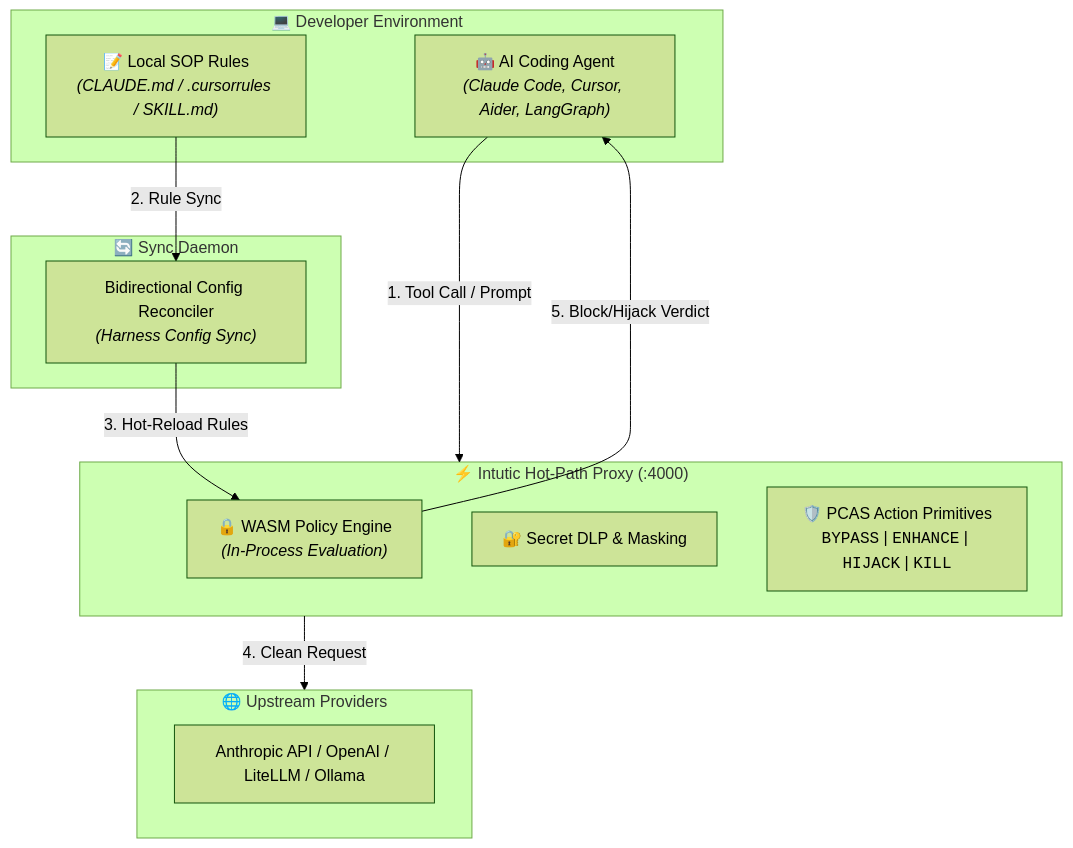
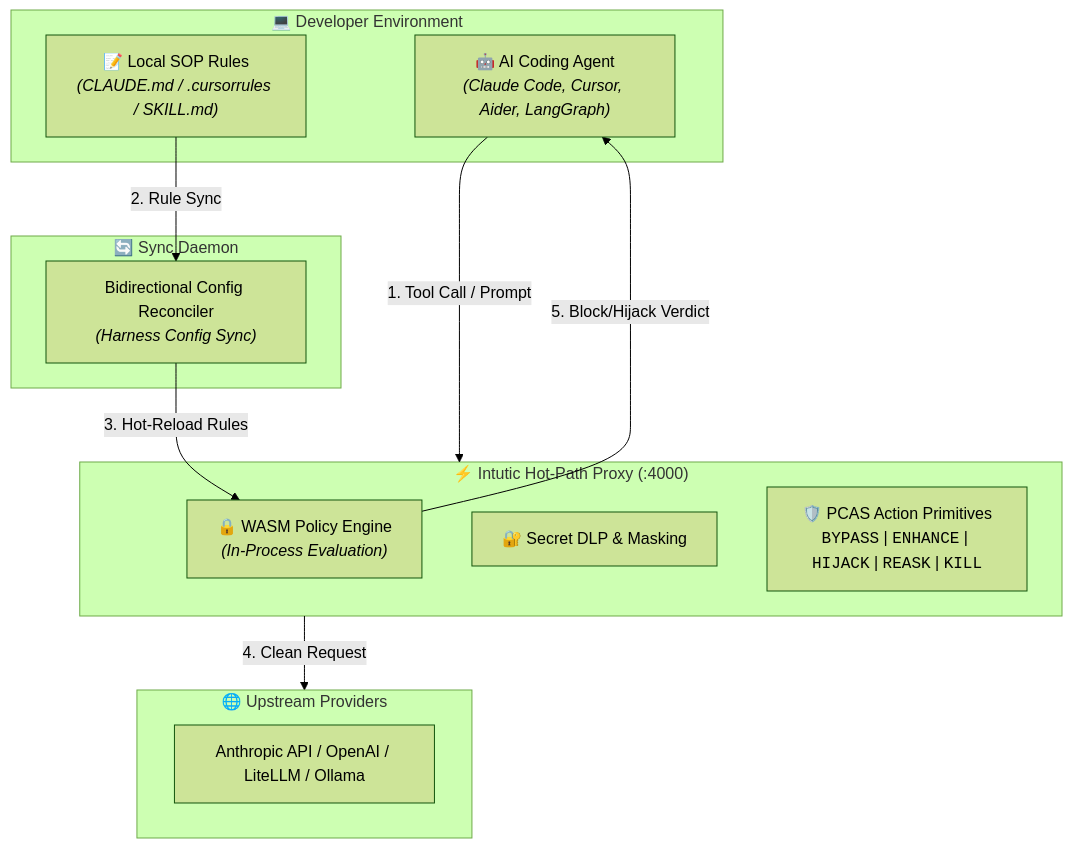
One commit to intutic/intutic changed the diagram in README.md. Above: the diagram before and after it, drawn with Mermaid (forest theme). The commit also changed other lines of this file and 6 other files, not shown here.

````diff
--- a/README.md
+++ b/README.md
@@ -35,27 +35,27 @@
 ```mermaid
 flowchart TD
     subgraph DevEnvironment[" 💻 Developer Environment "]
         Agent["🤖 AI Coding Agent<br><i>(Claude Code, Cursor, Aider, LangGraph)</i>"]
         SOP["📝 Local SOP Rules<br><i>(CLAUDE.md / .cursorrules / SKILL.md)</i>"]
     end
 
     subgraph HotPathProxy[" ⚡ Intutic Hot-Path Proxy (:4000) "]
         Engine["🔒 WASM Policy Engine<br><i>(In-Process Evaluation)</i>"]
         DLP["🔐 Secret DLP & Masking"]
-        PCAS["🛡️ PCAS Action Primitives<br><code>BYPASS</code> | <code>ENHANCE</code> | <code>HIJACK</code> | <code>KILL</code>"]
+        PCAS["🛡️ PCAS Action Primitives<br><code>BYPASS</code> | <code>ENHANCE</code> | <code>HIJACK</code> | <code>REASK</code> | <code>KILL</code>"]
     end
 
     subgraph SyncDaemon[" 🔄 Sync Daemon "]
         Reconcile["Bidirectional Config Reconciler<br><i>(Harness Config Sync)</i>"]
     end
 
     subgraph UpstreamProviders[" 🌐 Upstream Providers "]
         Providers["Anthropic API / OpenAI / LiteLLM / Ollama"]
     end
 
     Agent -->|1. Tool Call / Prompt| HotPathProxy
     SOP -->|2. Rule Sync| Reconcile
     Reconcile -->|3. Hot-Reload Rules| Engine
     HotPathProxy -->|4. Clean Request| UpstreamProviders
     Engine -->|5. Block/Hijack Verdict| Agent
 ```
````
